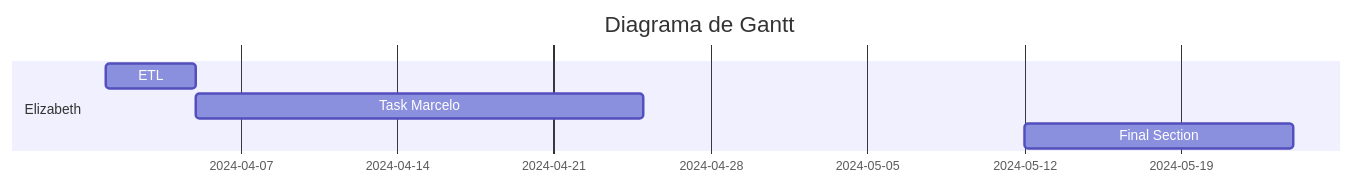
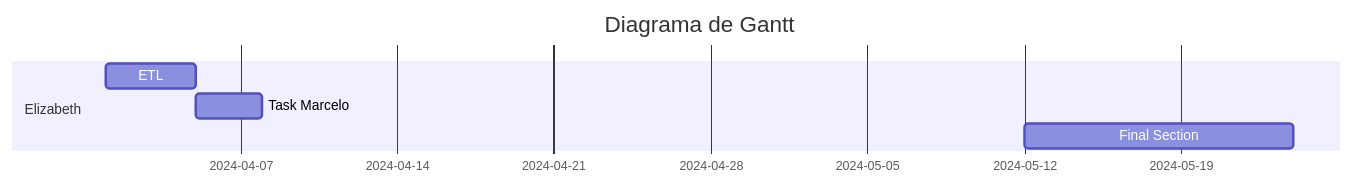
The diagram in README.md (Beth-94/testmermaid), drawn with Mermaid before and after one commit.

````diff
--- a/README.md
+++ b/README.md
@@ -8,11 +8,11 @@
 ```mermaid
 gantt
     title Diagrama de Gantt 
 
     section Elizabeth
     ETL           :a1, 2024-04-01, 4d
-    Task Marcelo    :after a1  , 20d
+    Task Marcelo    :after a1  , 3d
     Final Section    : 2024-05-12  , 12d
 
 
 ```
````
